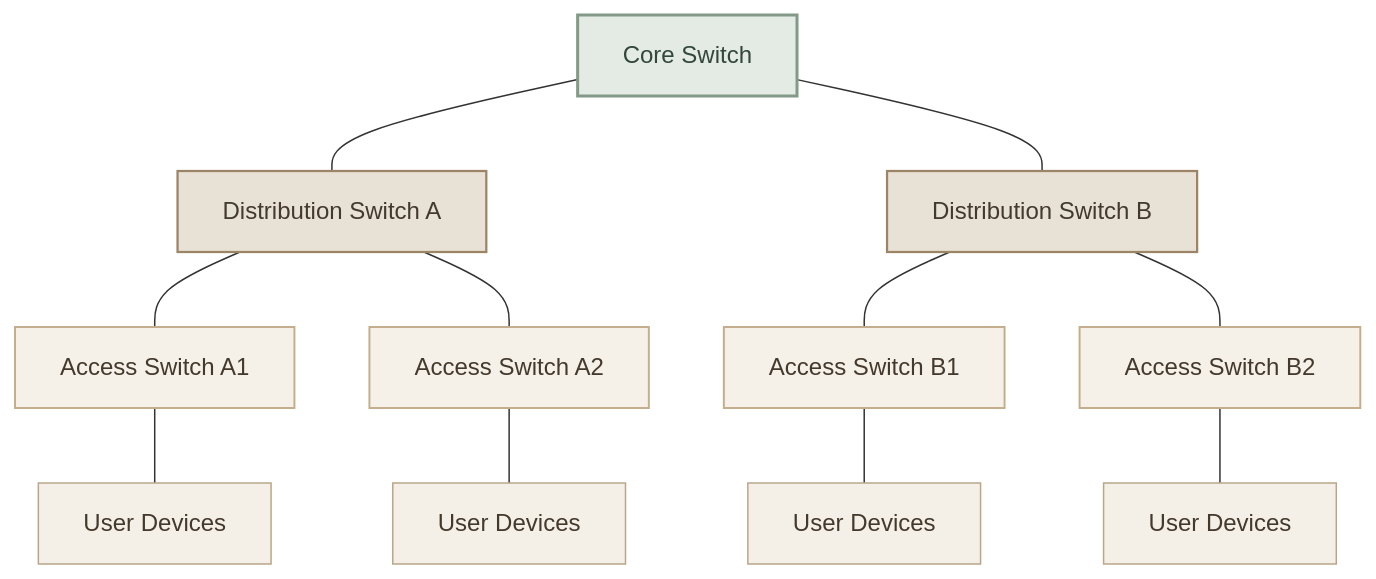
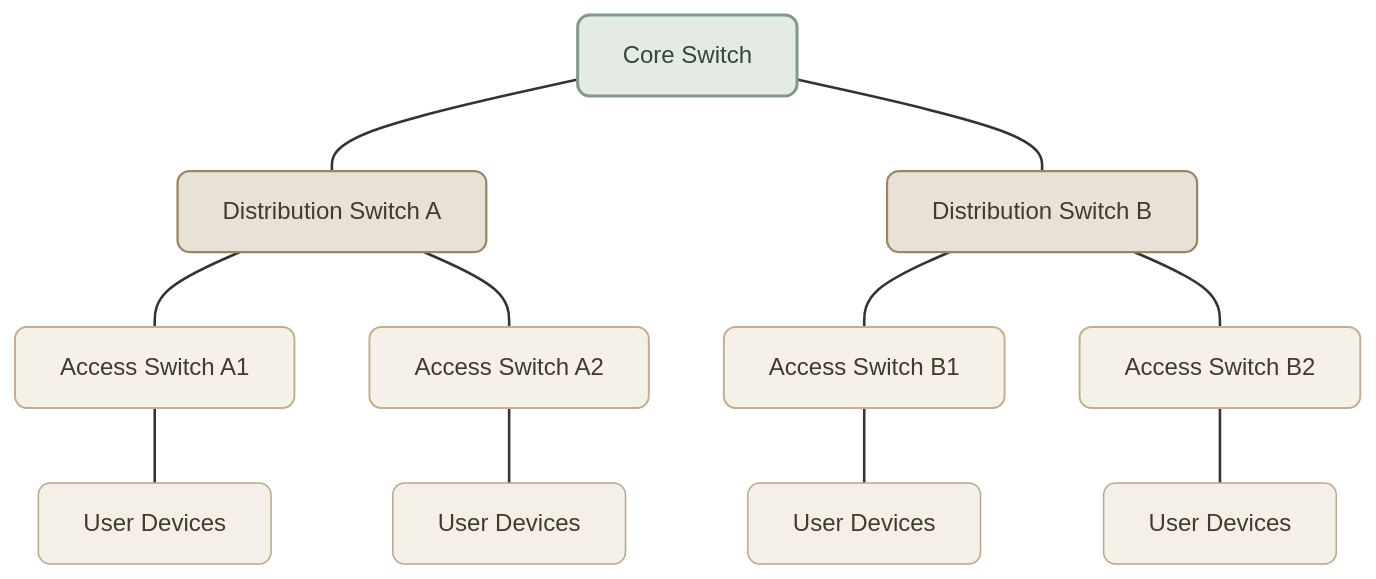
The fifth of 6 diagrams in content/networking/network-topologies.mdx (mustafammasoud/ops-handbook), drawn with Mermaid before and after one commit. The commit also changed other lines of this file and 7 other files, not shown here.

````diff
--- a/content/networking/network-topologies.mdx
+++ b/content/networking/network-topologies.mdx
@@ -236,40 +242,41 @@
 ```mermaid
 flowchart TB
     Core["Core Switch"]
 
     D1["Distribution Switch A"]
     D2["Distribution Switch B"]
 
     A1["Access Switch A1"]
     A2["Access Switch A2"]
     B1["Access Switch B1"]
     B2["Access Switch B2"]
 
     PC1[" User Devices"]
     PC2[" User Devices"]
     PC3[" User Devices"]
     PC4[" User Devices"]
 
     Core --- D1
     Core --- D2
 
     D1 --- A1
     D1 --- A2
     D2 --- B1
     D2 --- B2
 
     A1 --- PC1
     A2 --- PC2
     B1 --- PC3
     B2 --- PC4
 
-    classDef core fill:#E3EBE4,stroke:#829A87,color:#33483A,stroke-width:2px
-    classDef distribution fill:#E8E1D5,stroke:#9C8567,color:#44392D,stroke-width:1.5px
-    classDef access fill:#F6F1E8,stroke:#C3AD8C,color:#44392D,stroke-width:1.3px
-    classDef endpoint fill:#F5F0E7,stroke:#B9A68A,color:#44392D
+    classDef core fill:#E3EBE4,stroke:#829A87,color:#33483A,stroke-width:2px,rx:8,ry:8
+    classDef distribution fill:#E8E1D5,stroke:#9C8567,color:#44392D,stroke-width:1.5px,rx:8,ry:8
+    classDef access fill:#F6F1E8,stroke:#C3AD8C,color:#44392D,stroke-width:1.3px,rx:8,ry:8
+    classDef endpoint fill:#F5F0E7,stroke:#B9A68A,color:#44392D,rx:8,ry:8
 
     class Core core
     class D1,D2 distribution
     class A1,A2,B1,B2 access
     class PC1,PC2,PC3,PC4 endpoint
+    linkStyle default stroke-width:1.7px
 ```
````
